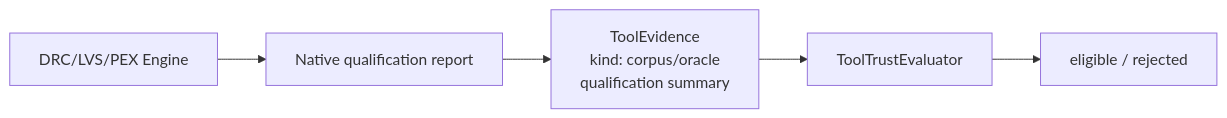
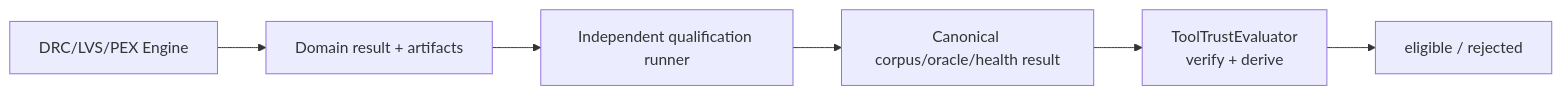
One commit to 1amageek/ToolQualification changed the second of 2 diagrams in README.md. Above: the diagram before and after it, drawn with Mermaid. The commit also changed other lines of this file and 1 other file, not shown here.

Commit message:
Document independently derived tool qualification

````diff
--- a/README.md
+++ b/README.md
@@ -96,7 +98,8 @@
 ```mermaid
 flowchart LR
-  Engine["DRC/LVS/PEX Engine"] --> Report["Native qualification report"]
-  Report --> Evidence["ToolEvidence\nkind: corpus/oracle\nqualification summary"]
-  Evidence --> Gate["ToolTrustEvaluator"]
+  Engine["DRC/LVS/PEX Engine"] --> Result["Domain result + artifacts"]
+  Result --> Runner["Independent qualification runner"]
+  Runner --> Evidence["Canonical corpus/oracle/health result"]
+  Evidence --> Gate["ToolTrustEvaluator\nverify + derive"]
   Gate --> Decision["eligible / rejected"]
 ```
````
